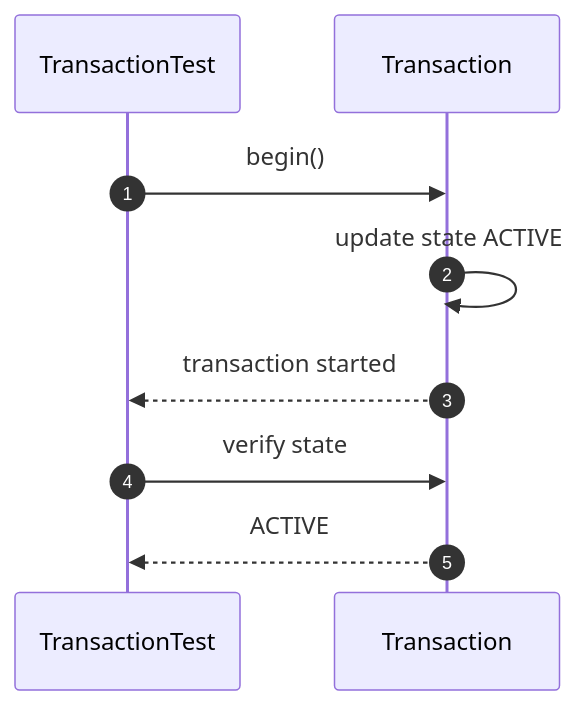
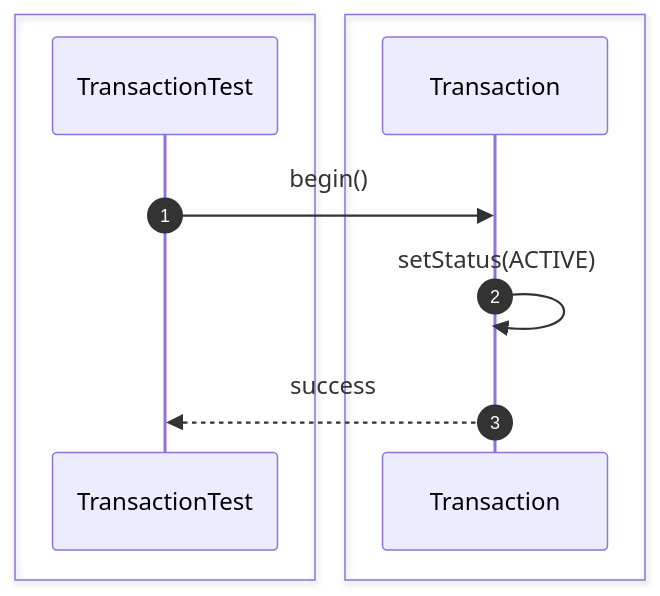
Before and after one commit to Huy1801214/dbms-architecture: diagram 13 of 54 in src/sequence/transaction.md, drawn with Mermaid. The commit also changed other lines of this file and 10 other files, not shown here.

Commit message:
add comprehensive sequence diagrams and documentation for system architecture and unit testing specifications

````diff
--- a/src/sequence/transaction.md
+++ b/src/sequence/transaction.md
@@ -129,17 +220,15 @@
 ```mermaid
 sequenceDiagram
     autonumber
 
+    box #e1f5fe Test Suite
     participant Test as TransactionTest
+    end
+    box #ffebee Transaction Components
     participant Tx as Transaction
+    end
 
     Test->>Tx: begin()
-
-    Tx->>Tx: update state ACTIVE
-
-    Tx-->>Test: transaction started
-
-    Test->>Tx: verify state
-
-    Tx-->>Test: ACTIVE
+    Tx->>Tx: setStatus(ACTIVE)
+    Tx-->>Test: success
 ```
````
